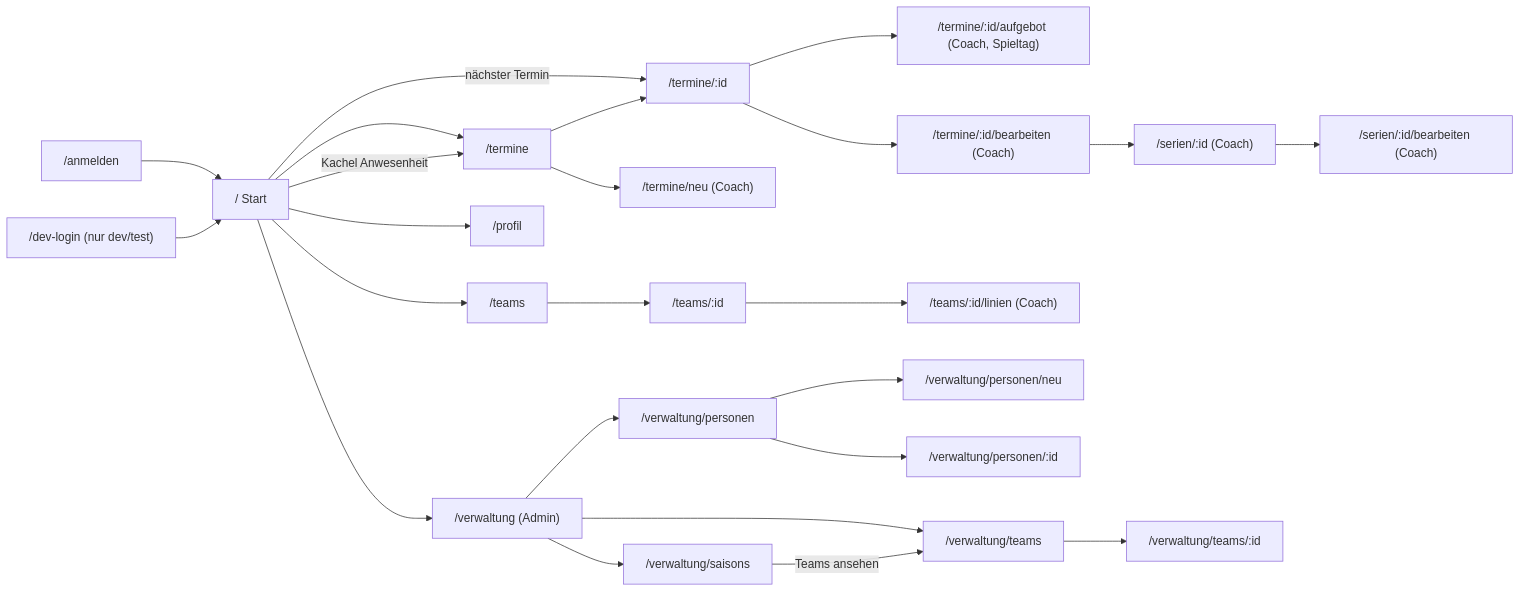
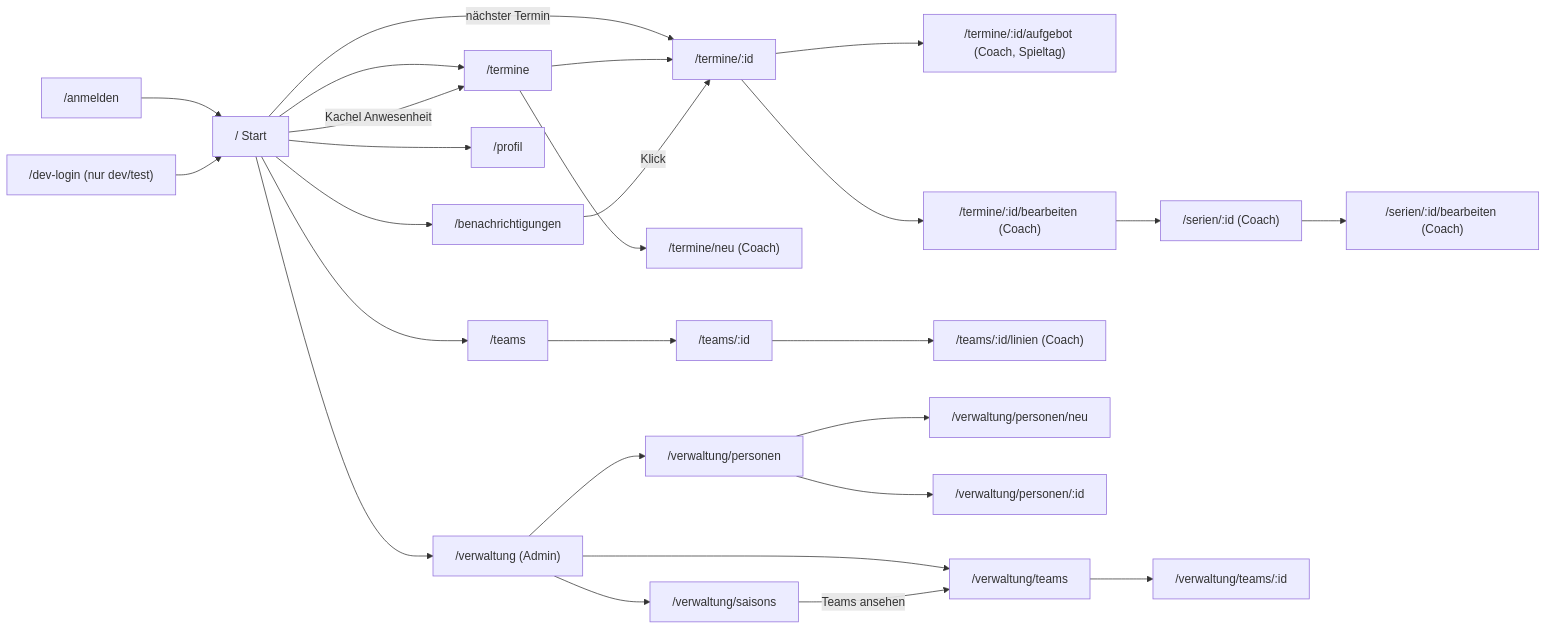
The diagram in docs/oberflaeche/navigation.md (cyrilleulmi/StvBeroPlatform), drawn with Mermaid before and after one commit. The commit also changed other lines of this file and 44 other files, not shown here.

````diff
--- a/docs/oberflaeche/navigation.md
+++ b/docs/oberflaeche/navigation.md
@@ -15,26 +16,28 @@
 ```mermaid
 flowchart LR
     Login["/anmelden"] --> Start["/ Start"]
     DevLogin["/dev-login (nur dev/test)"] --> Start
     Start --> Termine["/termine"]
     Start -->|Kachel Anwesenheit| Termine
     Start -->|nächster Termin| Detail
     Termine --> Detail["/termine/:id"]
     Detail --> Aufgebot["/termine/:id/aufgebot (Coach, Spieltag)"]
     Detail --> TerminBearbeiten["/termine/:id/bearbeiten (Coach)"]
     Termine --> TerminNeu["/termine/neu (Coach)"]
     TerminBearbeiten --> Serie["/serien/:id (Coach)"]
     Serie --> SerieBearbeiten["/serien/:id/bearbeiten (Coach)"]
     Start --> Teams["/teams"]
     Teams --> Team["/teams/:id"]
     Team --> Linien["/teams/:id/linien (Coach)"]
     Start --> Profil["/profil"]
+    Start --> Benachrichtigungen["/benachrichtigungen"]
+    Benachrichtigungen -->|Klick| Detail
     Start --> Verwaltung["/verwaltung (Admin)"]
     Verwaltung --> Personen["/verwaltung/personen"]
     Personen --> PersonNeu["/verwaltung/personen/neu"]
     Personen --> PersonDetail["/verwaltung/personen/:id"]
     Verwaltung --> VTeams["/verwaltung/teams"]
     VTeams --> VTeam["/verwaltung/teams/:id"]
     Verwaltung --> Saisons["/verwaltung/saisons"]
     Saisons -->|Teams ansehen| VTeams
 ```
````
